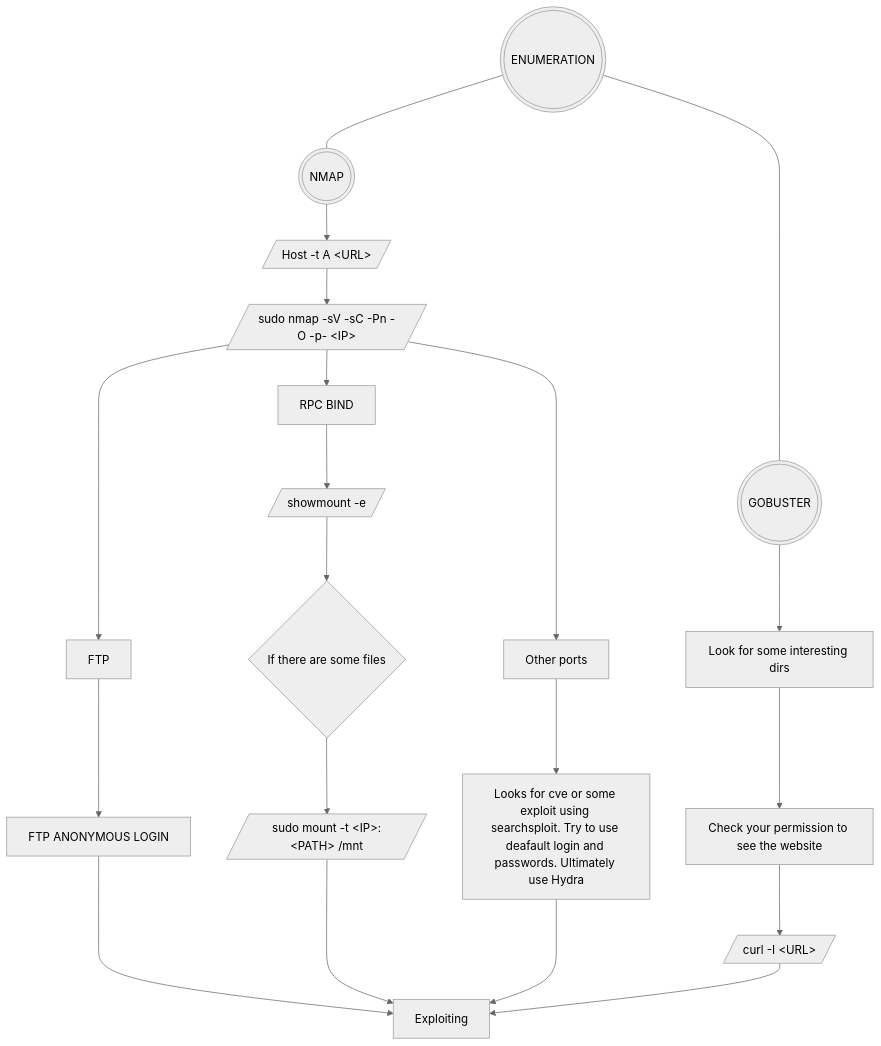
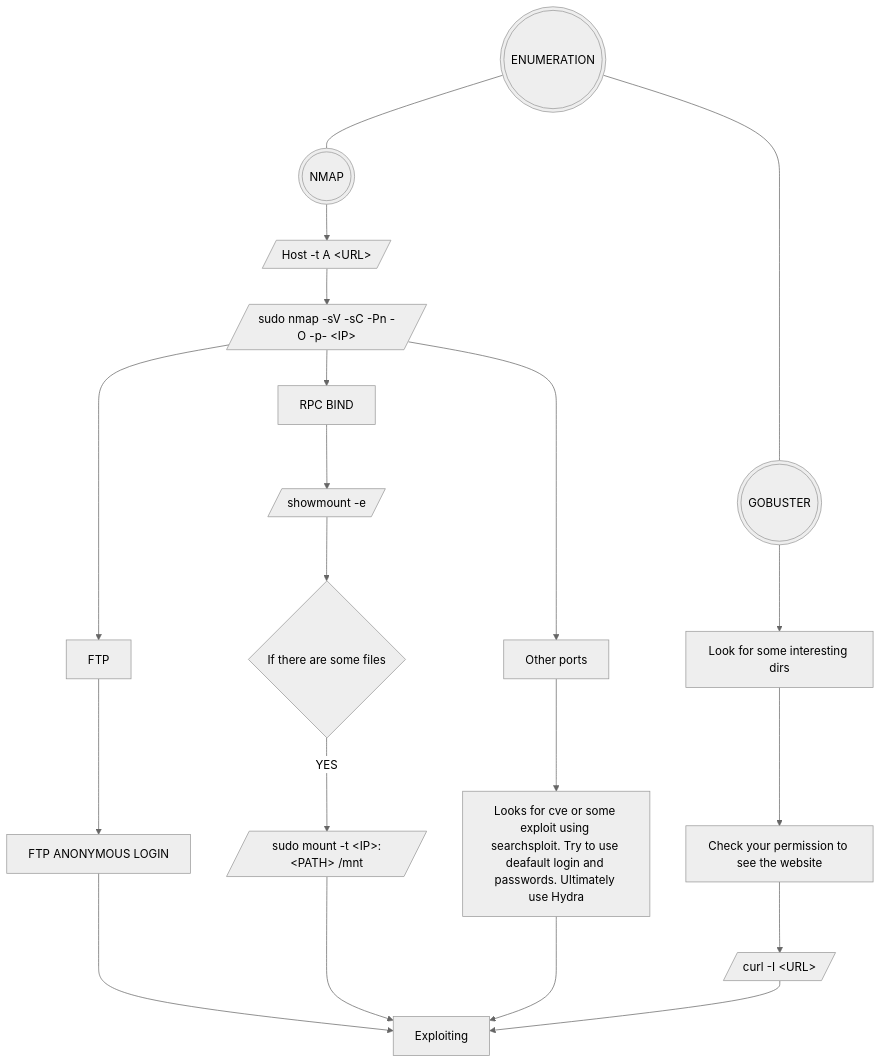
Before and after one commit to Vondri/Web-Penetration-Testing-Algorithm: the diagram in README.md, drawn with Mermaid (neutral theme).

````diff
--- a/README.md
+++ b/README.md
@@ -16,33 +16,33 @@
 ```mermaid
 graph TD;
     enum(((ENUMERATION))) --- nmap(((NMAP))) & gobuster(((GOBUSTER))) 
     
     %% ----------------------------- NMAP -----------------------------
     
     nmap --> host[/"Host -t A &lt;URL&gt;"/] 
     host --> nmap_cmd[/"sudo nmap -sV -sC -Pn -O -p- &lt;IP&gt;"/]
     nmap_cmd --> ftp[FTP] & rpcbind[RPC BIND] & nmap_other[Other ports]
     ftp --> ftp_anon[FTP ANONYMOUS LOGIN]
     ftp_anon ---> exploit[Exploiting]
     
     rpcbind --> rpcbind_showmount[/showmount -e <IP>/]
     rpcbind_showmount --> rpc_bind_showmount_if{If there are some files}
-    rpc_bind_showmount_if --> rpc_bind_showmount_if_yes[/"sudo mount #45;t &lt;IP&gt;:&lt;PATH&gt; #47;mnt"/]
+    rpc_bind_showmount_if -- YES --> rpc_bind_showmount_if_yes[/"sudo mount #45;t &lt;IP&gt;:&lt;PATH&gt; #47;mnt"/]
     rpc_bind_showmount_if_yes ---> exploit
     
     nmap_other --> nmap_other_hint[Looks for cve or some exploit using searchsploit. Try to use deafault login and passwords. Ultimately use Hydra]
     nmap_other_hint ---> exploit
     
     %% ----------------------------- GOBUSTER -----------------------------
     
     gobuster --> gobuster_hint[Look for some interesting dirs]
     gobuster_hint --> curl_check[Check your permission to see the website]
     curl_check --> curl_cmd[/"curl -I &lt;URL&gt;"/]
     curl_cmd --> exploit
     
     
     
     click nmap href "https://nmap.org" _blank
     click gobuster href "https://github.com/OJ/gobuster" _blank
     click nmap_other_hint href "https://github.com/vanhauser-thc/thc-hydra" _blank
 ```
````
